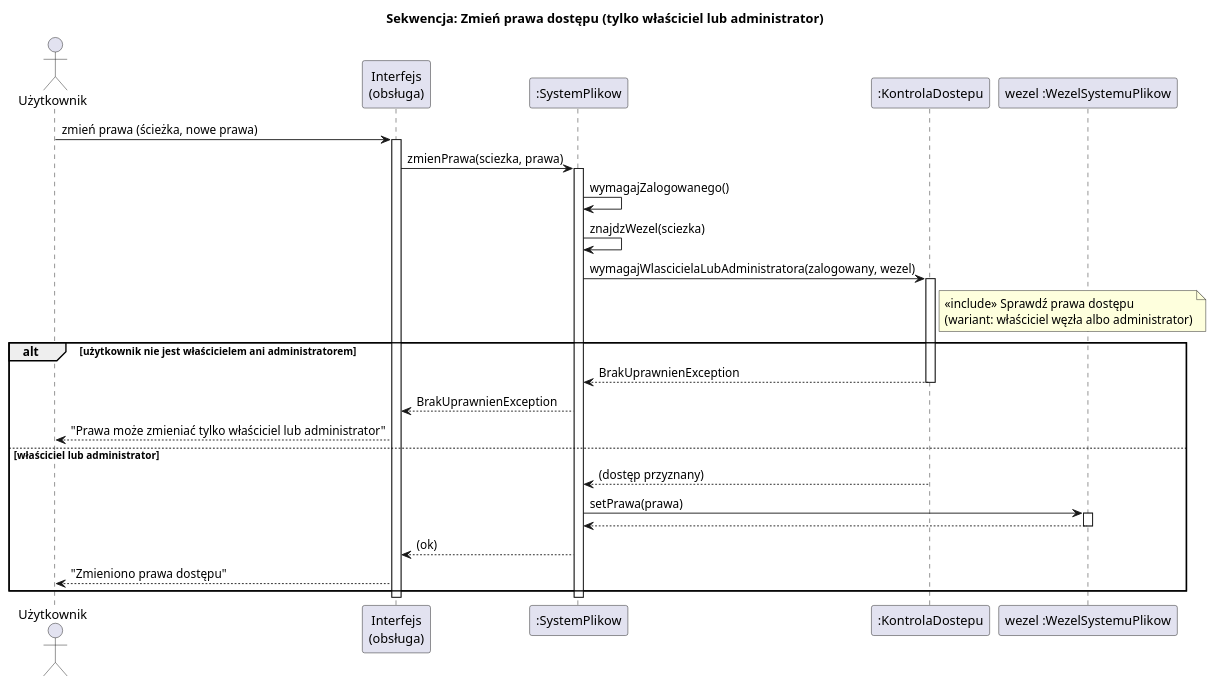
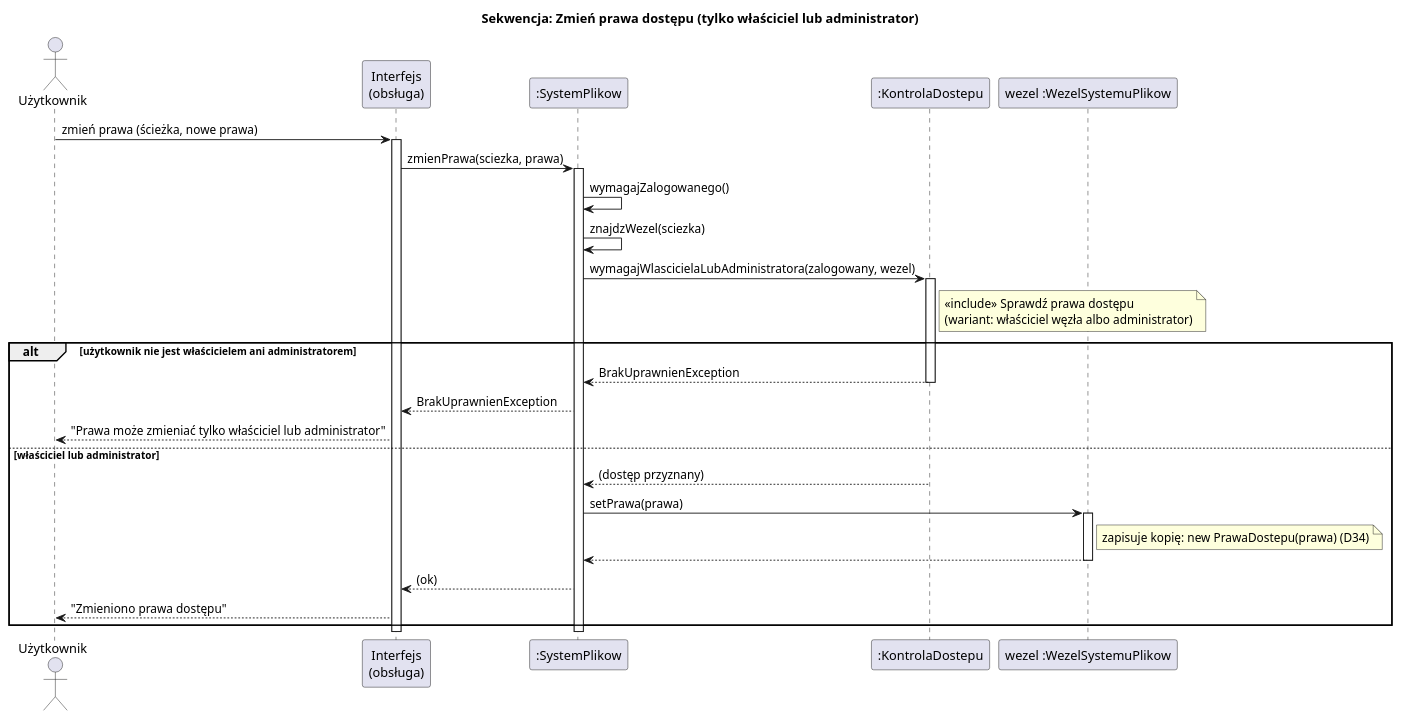
One commit to AGH-IT/po2026 changed the diagram in projekt/uml/02-sekwencja-zmien-prawa-dostepu.puml. Above: the diagram before and after it, drawn with PlantUML. The commit also changed 5 other files, not shown here.

Commit message:
UML i DECYZJE: prawa węzła są kopiowane

```diff
--- a/projekt/uml/02-sekwencja-zmien-prawa-dostepu.puml
+++ b/projekt/uml/02-sekwencja-zmien-prawa-dostepu.puml
@@ -1,41 +1,42 @@
 @startuml
 title Sekwencja: Zmień prawa dostępu (tylko właściciel lub administrator)
 
 actor "Użytkownik" as U
 participant "Interfejs\n(obsługa)" as UI
 participant ":SystemPlikow" as SP
 participant ":KontrolaDostepu" as KD
 participant "wezel :WezelSystemuPlikow" as W
 
 U -> UI : zmień prawa (ścieżka, nowe prawa)
 activate UI
 UI -> SP : zmienPrawa(sciezka, prawa)
 activate SP
 SP -> SP : wymagajZalogowanego()
 SP -> SP : znajdzWezel(sciezka)
 SP -> KD : wymagajWlascicielaLubAdministratora(zalogowany, wezel)
 activate KD
 note right of KD
   «include» Sprawdź prawa dostępu
   (wariant: właściciel węzła albo administrator)
 end note
 
 alt użytkownik nie jest właścicielem ani administratorem
   KD --> SP : BrakUprawnienException
   deactivate KD
   SP --> UI : BrakUprawnienException
   UI --> U : "Prawa może zmieniać tylko właściciel lub administrator"
 else właściciel lub administrator
   KD --> SP : (dostęp przyznany)
   deactivate KD
   SP -> W : setPrawa(prawa)
   activate W
+  note right of W : zapisuje kopię: new PrawaDostepu(prawa) (D34)
   W --> SP
   deactivate W
   SP --> UI : (ok)
   UI --> U : "Zmieniono prawa dostępu"
 end
 deactivate SP
 deactivate UI
 
 @enduml
```
